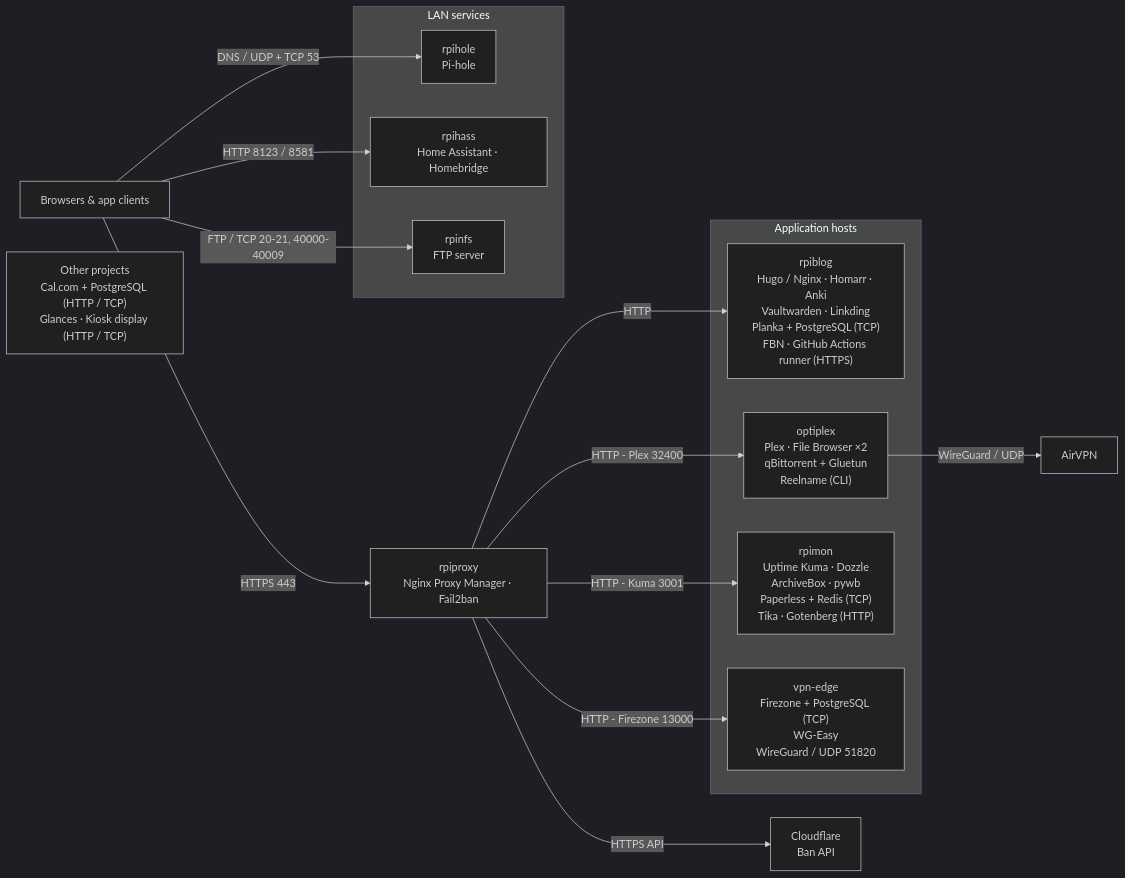
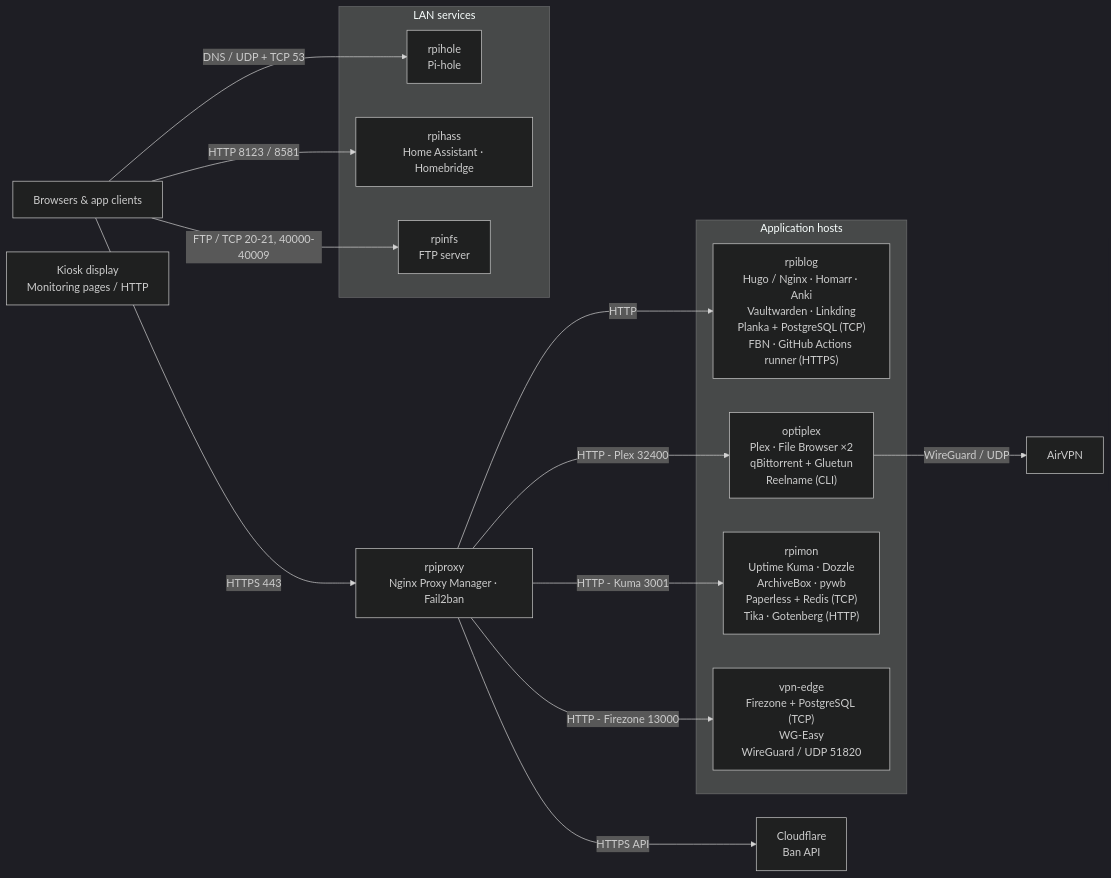
The diagram in README.md (viseshrp/homelab), drawn with Mermaid (dark theme) before and after one commit. The commit also changed other lines of this file and 4 other files, not shown here.

Commit message:
Reorganize homelab README and remove Cal.com and Glances docs

````diff
--- a/README.md
+++ b/README.md
@@ -3,33 +9,33 @@
 ```mermaid
 flowchart LR
     clients["Browsers & app clients"]
     proxy["rpiproxy<br/>Nginx Proxy Manager · Fail2ban"]
 
     subgraph hosts["Application hosts"]
         web["rpiblog<br/>Hugo / Nginx · Homarr · Anki<br/>Vaultwarden · Linkding<br/>Planka + PostgreSQL (TCP)<br/>FBN · GitHub Actions runner (HTTPS)"]
         media["optiplex<br/>Plex · File Browser ×2<br/>qBittorrent + Gluetun<br/>Reelname (CLI)"]
         monitor["rpimon<br/>Uptime Kuma · Dozzle<br/>ArchiveBox · pywb<br/>Paperless + Redis (TCP)<br/>Tika · Gotenberg (HTTP)"]
         vpn["vpn-edge<br/>Firezone + PostgreSQL (TCP)<br/>WG-Easy<br/>WireGuard / UDP 51820"]
     end
 
     subgraph lan["LAN services"]
         dns["rpihole<br/>Pi-hole"]
         home["rpihass<br/>Home Assistant · Homebridge"]
         ftp["rpinfs<br/>FTP server"]
     end
 
     cloudflare["Cloudflare<br/>Ban API"]
     airvpn["AirVPN"]
-    tools["Other projects<br/>Cal.com + PostgreSQL (HTTP / TCP)<br/>Glances · Kiosk display (HTTP / TCP)"]
+    tools["Kiosk display<br/>Monitoring pages / HTTP"]
 
     clients -->|"HTTPS 443"| proxy
     proxy -->|"HTTP"| web
     proxy -->|"HTTP - Plex 32400"| media
     proxy -->|"HTTP - Kuma 3001"| monitor
     proxy -->|"HTTP - Firezone 13000"| vpn
     proxy -->|"HTTPS API"| cloudflare
     media -->|"WireGuard / UDP"| airvpn
     clients -->|"DNS / UDP + TCP 53"| dns
     clients -->|"HTTP 8123 / 8581"| home
     clients -->|"FTP / TCP 20-21, 40000-40009"| ftp
 ```
````
